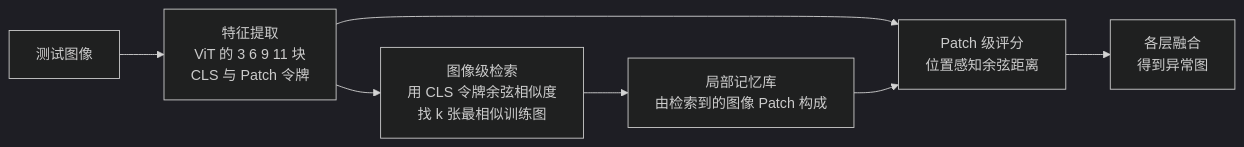
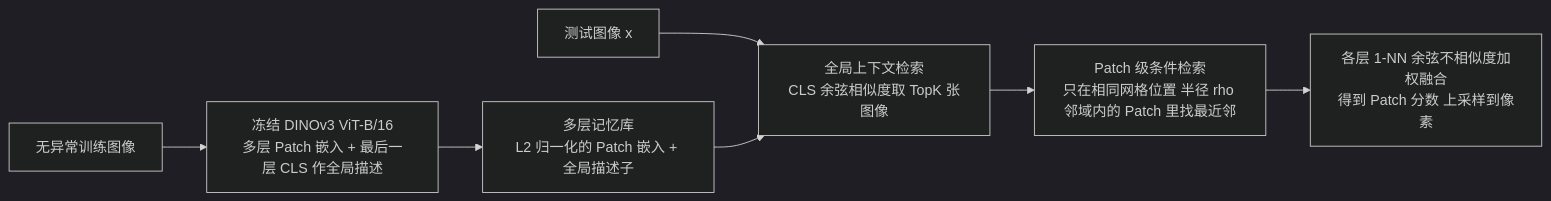
One commit to junxnone/aiwiki changed the diagram in docs/0757_paper_RAD.md. Above: the diagram before and after it, drawn with Mermaid (dark theme). The commit also changed other lines of this file and 1 other file, not shown here.

````diff
--- a/docs/0757_paper_RAD.md
+++ b/docs/0757_paper_RAD.md
@@ -21,9 +38,9 @@
 ```mermaid
 graph LR
-    X["测试图像"] --> F["特征提取<br/>ViT 的 3 6 9 11 块<br/>CLS 与 Patch 令牌"]
-    F --> R["图像级检索<br/>用 CLS 令牌余弦相似度<br/>找 k 张最相似训练图"]
-    R --> L["局部记忆库<br/>由检索到的图像 Patch 构成"]
-    F --> P["Patch 级评分<br/>位置感知余弦距离"]
-    L --> P
-    P --> A["各层融合<br/>得到异常图"]
+    A["无异常训练图像"] --> B["冻结 DINOv3 ViT-B/16<br/>多层 Patch 嵌入 + 最后一层 CLS 作全局描述"]
+    B --> M["多层记忆库<br/>L2 归一化的 Patch 嵌入 + 全局描述子"]
+    X["测试图像 x"] --> G["全局上下文检索<br/>CLS 余弦相似度取 TopK 张图像"]
+    M --> G
+    G --> P["Patch 级条件检索<br/>只在相同网格位置 半径 rho 邻域内的 Patch 里找最近邻"]
+    P --> S["各层 1-NN 余弦不相似度加权融合<br/>得到 Patch 分数 上采样到像素"]
 ```
````
